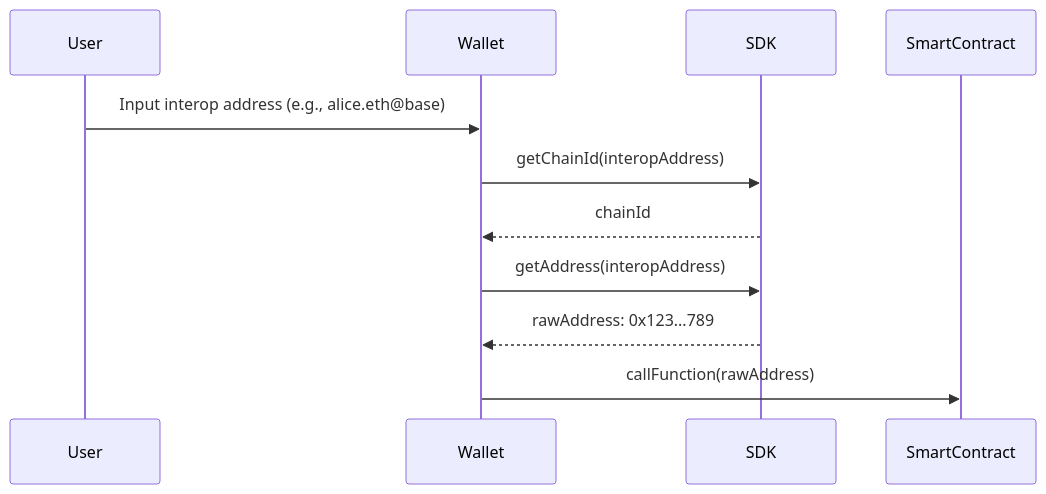
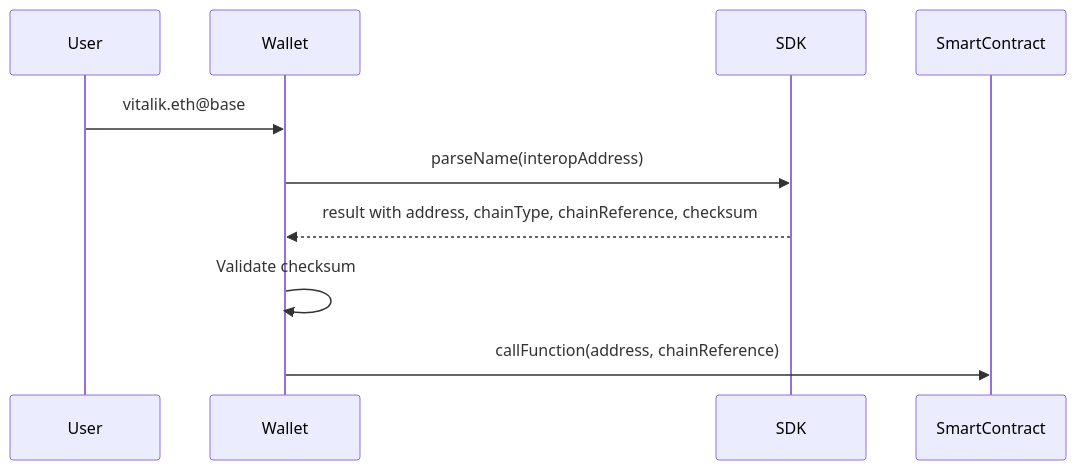
The diagram in apps/docs/docs/addresses/example.md (defi-wonderland/interop-sdk), drawn with Mermaid before and after one commit. The commit also changed other lines of this file and 90 other files, not shown here.

First line of the commit message:
feat: two-level refactor, Interoperable Address as union type (#115)

````diff
--- a/apps/docs/docs/addresses/example.md
+++ b/apps/docs/docs/addresses/example.md
@@ -21,14 +21,13 @@
 ```mermaid
 sequenceDiagram
     participant User
     participant Wallet
     participant SDK
     participant SmartContract
 
-    User->>Wallet: Input interop address (e.g., alice.eth@base)
-    Wallet->>SDK: getChainId(interopAddress)
-    SDK-->>Wallet: chainId
-    Wallet->>SDK: getAddress(interopAddress)
-    SDK-->>Wallet: rawAddress: 0x123...789
-    Wallet->>SmartContract: callFunction(rawAddress)
+    User->>Wallet: vitalik.eth@base#4CA88C9C
+    Wallet->>SDK: parseName(interopAddress)
+    SDK-->>Wallet: result with address, chainType, chainReference, checksum
+    Wallet->>Wallet: Validate checksum
+    Wallet->>SmartContract: callFunction(address, chainReference)
 ```
````
